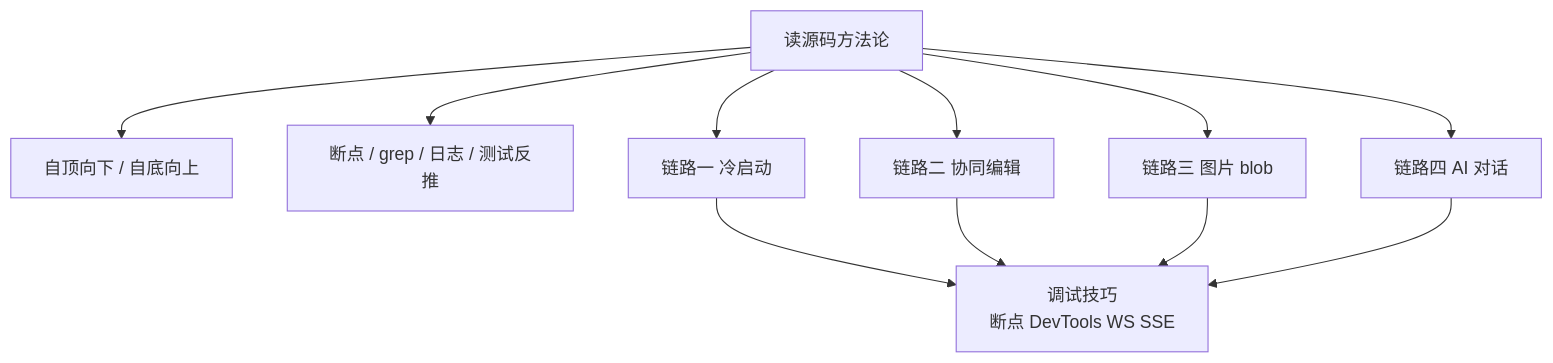
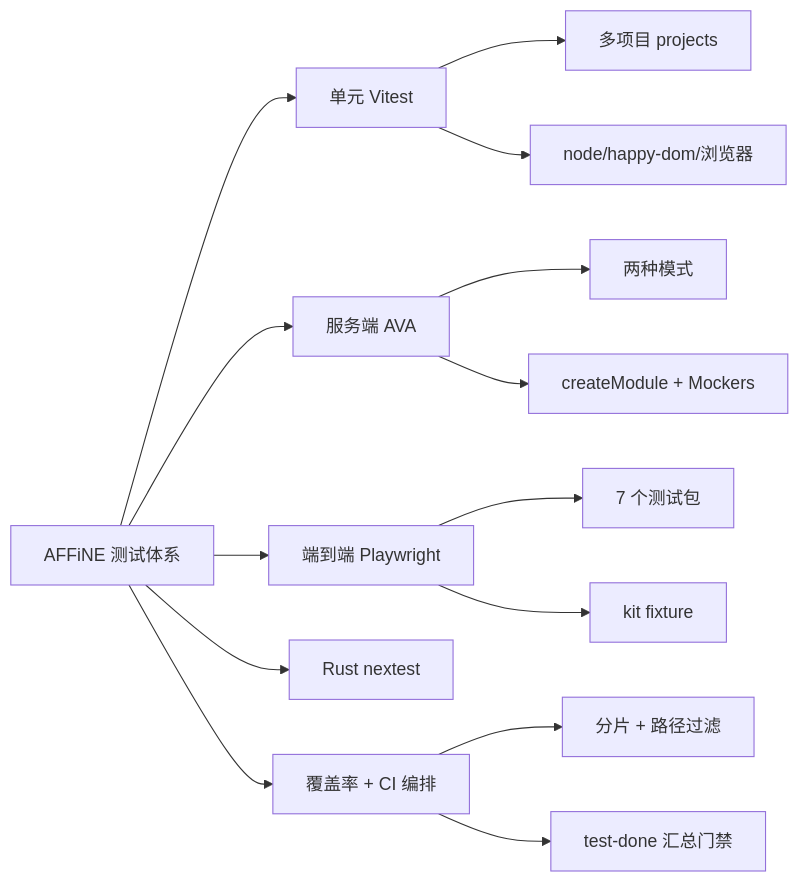
Before and after one commit to lfire/AFFiNE: the first of 2 diagrams in learning-guide/slides/decks/29.md, drawn with Mermaid. The commit also changed other lines of this file and 73 other files, not shown here.

````diff
--- a/learning-guide/slides/decks/29.md
+++ b/learning-guide/slides/decks/29.md
@@ -34,13 +34,16 @@
 ```mermaid
-flowchart TB
-  M["读源码方法论"] --> M1["自顶向下 / 自底向上"]
-  M --> M2["断点 / grep / 日志 / 测试反推"]
-  M --> L1["链路一 冷启动"]
-  M --> L2["链路二 协同编辑"]
-  M --> L3["链路三 图片 blob"]
-  M --> L4["链路四 AI 对话"]
-  L1 --> T["调试技巧<br/>断点 DevTools WS SSE"]
-  L2 --> T
-  L3 --> T
-  L4 --> T
+flowchart LR
+  ROOT["AFFiNE 测试体系"] --> U["单元 Vitest"]
+  ROOT --> A["服务端 AVA"]
+  ROOT --> E["端到端 Playwright"]
+  ROOT --> R["Rust nextest"]
+  ROOT --> COV["覆盖率 + CI 编排"]
+  U --> U1["多项目 projects"]
+  U --> U2["node/happy-dom/浏览器"]
+  A --> A1["两种模式"]
+  A --> A2["createModule + Mockers"]
+  E --> E1["7 个测试包"]
+  E --> E2["kit fixture"]
+  COV --> C1["分片 + 路径过滤"]
+  COV --> C2["test-done 汇总门禁"]
 ```
````
